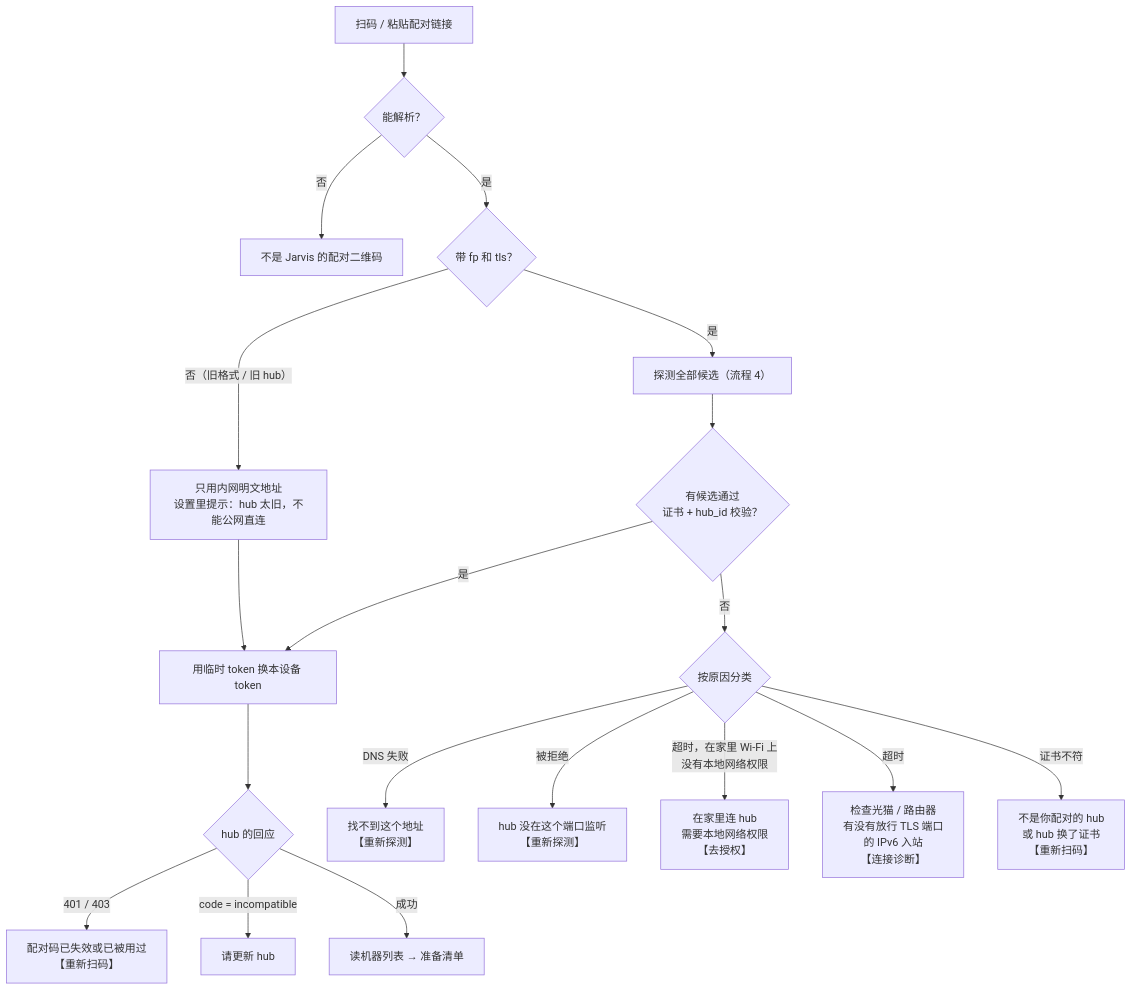
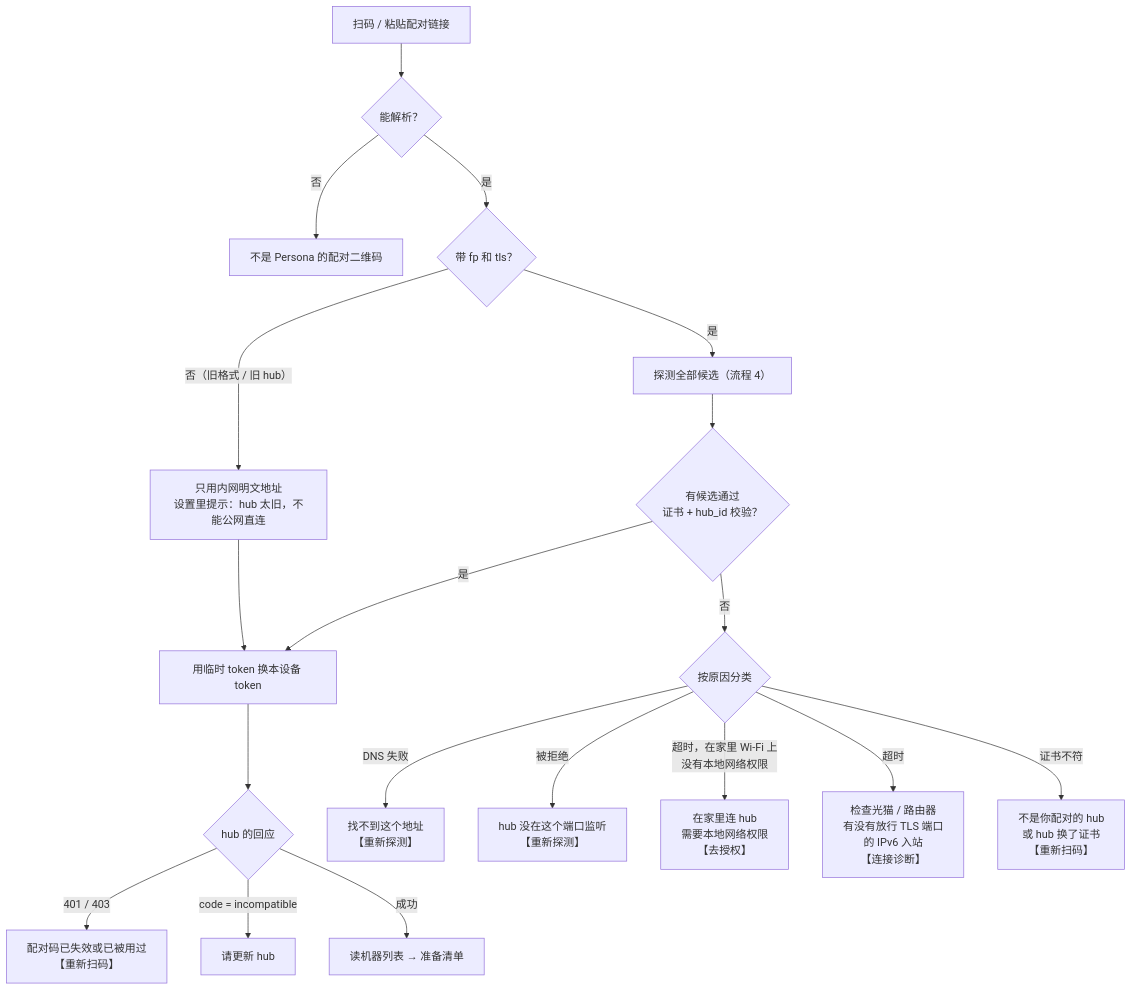
Before and after one commit to 413180794/persona: the third of 15 diagrams in docs/redesign/flows.md, drawn with Mermaid. The commit also changed other lines of this file and 99 other files, not shown here.

````diff
--- a/docs/redesign/flows.md
+++ b/docs/redesign/flows.md
@@ -79,21 +79,21 @@
 ```mermaid
 flowchart TD
   S["扫码 / 粘贴配对链接"] --> P{"能解析？"}
-  P -- "否" --> E0["不是 Jarvis 的配对二维码"]
+  P -- "否" --> E0["不是 Persona 的配对二维码"]
   P -- "是" --> V{"带 fp 和 tls？"}
   V -- "否（旧格式 / 旧 hub）" --> LAN["只用内网明文地址<br/>设置里提示：hub 太旧，不能公网直连"]
   V -- "是" --> R["探测全部候选（流程 4）"]
   LAN --> T
   R --> W{"有候选通过<br/>证书 + hub_id 校验？"}
   W -- "是" --> T["用临时 token 换本设备 token"]
   W -- "否" --> C{"按原因分类"}
   C -- "DNS 失败" --> E1["找不到这个地址<br/>【重新探测】"]
   C -- "被拒绝" --> E2["hub 没在这个端口监听<br/>【重新探测】"]
   C -- "超时，在家里 Wi-Fi 上<br/>没有本地网络权限" --> E3["在家里连 hub<br/>需要本地网络权限<br/>【去授权】"]
   C -- "超时" --> E4["检查光猫 / 路由器<br/>有没有放行 TLS 端口<br/>的 IPv6 入站<br/>【连接诊断】"]
   C -- "证书不符" --> E5["不是你配对的 hub<br/>或 hub 换了证书<br/>【重新扫码】"]
   T --> X{"hub 的回应"}
   X -- "401 / 403" --> E6["配对码已失效或已被用过<br/>【重新扫码】"]
   X -- "code = incompatible" --> E7["请更新 hub"]
   X -- "成功" --> OK["读机器列表 → 准备清单"]
 ```
````
